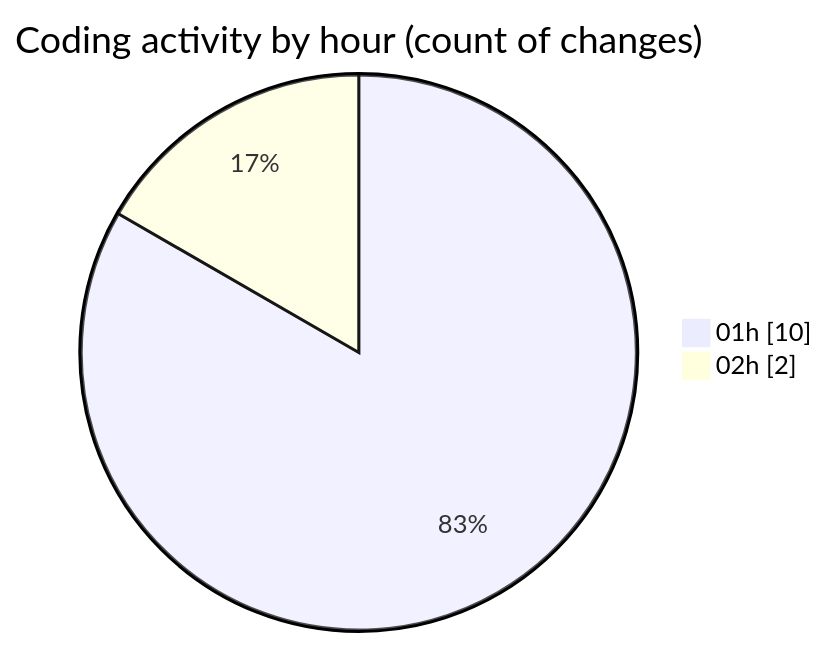
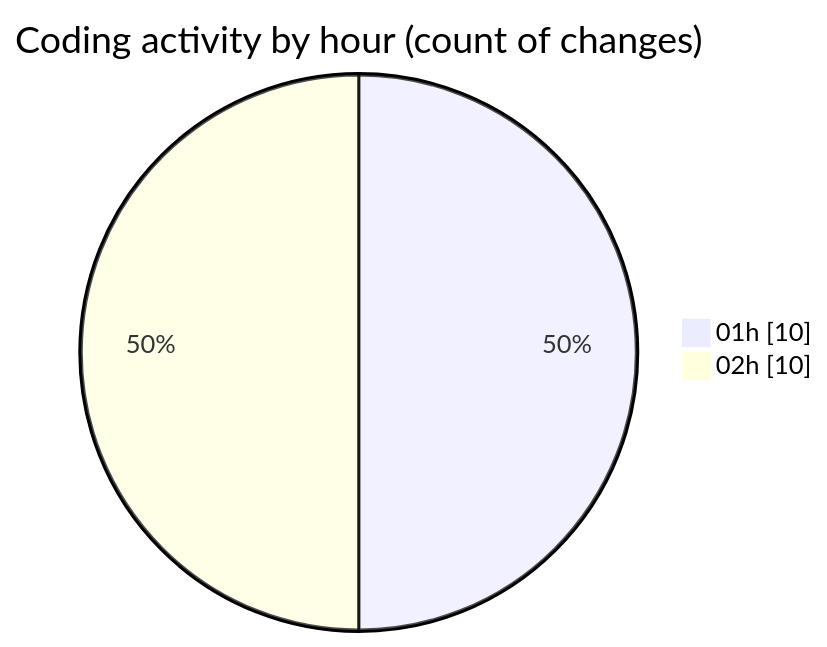
One commit to julien-gomy/code-tracking changed the second of 2 diagrams in 2025-11-21/eventscop-frontend-guide__workspace_/README.md. Above: the diagram before and after it, drawn with Mermaid. The commit also changed other lines of this file and 1 other file, not shown here.

````diff
--- a/2025-11-21/eventscop-frontend-guide__workspace_/README.md
+++ b/2025-11-21/eventscop-frontend-guide__workspace_/README.md
@@ -40,6 +43,6 @@
 ```mermaid
 pie showData
 title Coding activity by hour (count of changes)
 "01h" : 10
-"02h" : 2
+"02h" : 10
 ```
````
